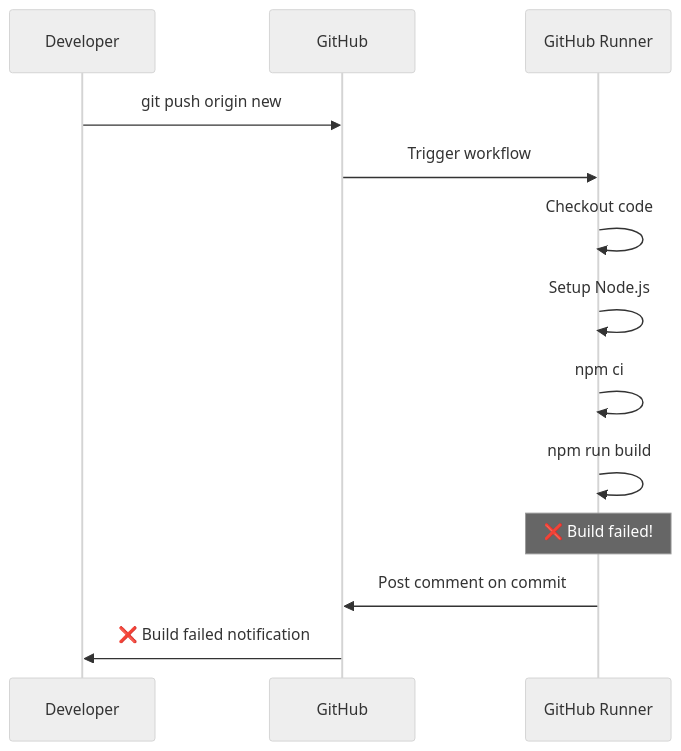
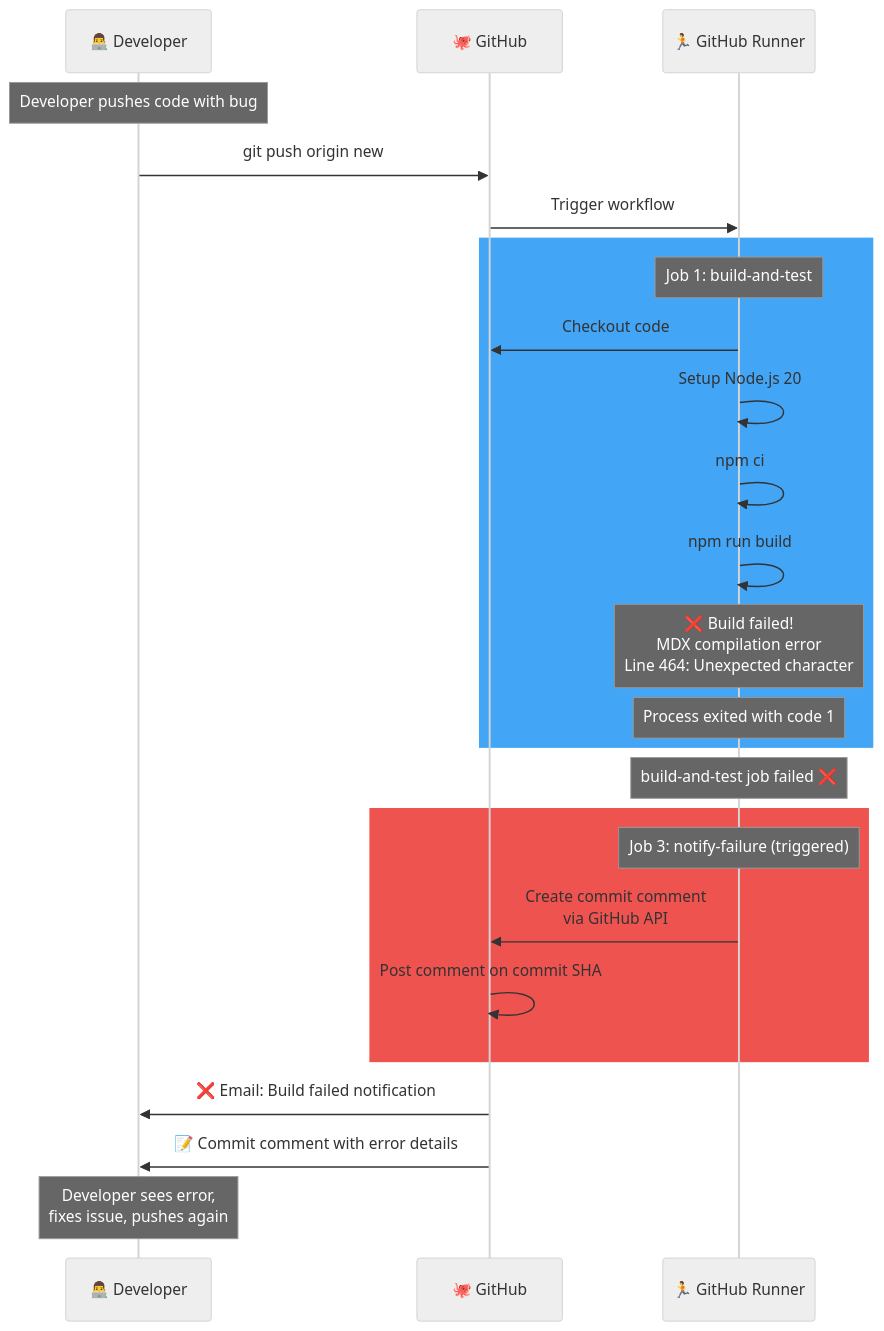
Before and after one commit to gouthamgo/sfdevops: the seventh of 9 diagrams in docs/pipelines/github-actions-beginner.md, drawn with Mermaid (neutral theme). The commit also changed other lines of this file, not shown here.

First line of the commit message:
feat: Add comprehensive workflow diagrams to GitHub Actions tutorial

````diff
--- a/docs/pipelines/github-actions-beginner.md
+++ b/docs/pipelines/github-actions-beginner.md
@@ -609,18 +831,33 @@
 ```mermaid
 sequenceDiagram
-    participant Dev as Developer
-    participant GH as GitHub
-    participant Runner as GitHub Runner
+    participant Dev as 👨‍💻 Developer
+    participant GH as 🐙 GitHub
+    participant Runner as 🏃 GitHub Runner
 
+    Note over Dev: Developer pushes code with bug
     Dev->>GH: git push origin new
+
     GH->>Runner: Trigger workflow
 
-    Runner->>Runner: Checkout code
-    Runner->>Runner: Setup Node.js
-    Runner->>Runner: npm ci
-    Runner->>Runner: npm run build
-    Note over Runner: ❌ Build failed!
+    rect rgb(66, 165, 245)
+        Note over Runner: Job 1: build-and-test
+        Runner->>GH: Checkout code
+        Runner->>Runner: Setup Node.js 20
+        Runner->>Runner: npm ci
+        Runner->>Runner: npm run build
+        Note over Runner: ❌ Build failed!<br/>MDX compilation error<br/>Line 464: Unexpected character
+        Note over Runner: Process exited with code 1
+    end
 
-    Runner->>GH: Post comment on commit
-    GH->>Dev: ❌ Build failed notification
+    Note over Runner: build-and-test job failed ❌
+
+    rect rgb(239, 83, 80)
+        Note over Runner: Job 3: notify-failure (triggered)
+        Runner->>GH: Create commit comment<br/>via GitHub API
+        GH->>GH: Post comment on commit SHA
+    end
+
+    GH->>Dev: ❌ Email: Build failed notification
+    GH->>Dev: 📝 Commit comment with error details
+    Note over Dev: Developer sees error,<br/>fixes issue, pushes again
 ```
````
